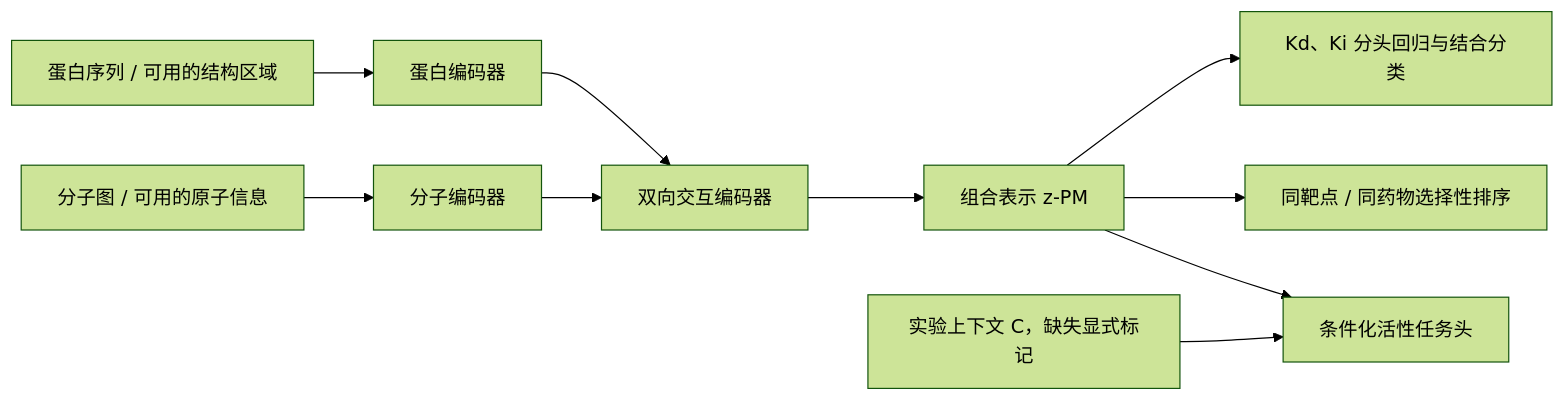
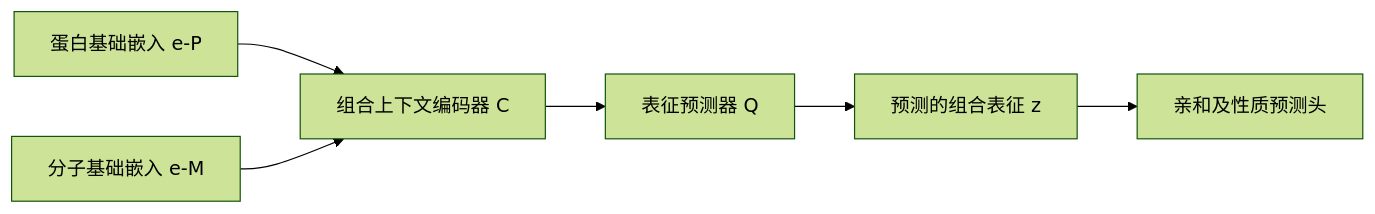
The diagram in docs/BIOMASTER_PM_JEPA_DESIGN_20260914_ZH.md (sunyrain/BioMaster), drawn with Mermaid (forest theme) before and after one commit. The commit also changed other lines of this file and 1 other file, not shown here.

````diff
--- a/docs/BIOMASTER_PM_JEPA_DESIGN_20260914_ZH.md
+++ b/docs/BIOMASTER_PM_JEPA_DESIGN_20260914_ZH.md
@@ -11,12 +7,8 @@
 ```mermaid
 flowchart LR
-    P[蛋白序列 / 可用的结构区域] --> EP[蛋白编码器]
-    M[分子图 / 可用的原子信息] --> EM[分子编码器]
-    EP --> F[双向交互编码器]
-    EM --> F
-    F --> Z[组合表示 z-PM]
-    Z --> A[Kd、Ki 分头回归与结合分类]
-    Z --> S[同靶点 / 同药物选择性排序]
-    Z --> H[条件化活性任务头]
-    C[实验上下文 C，缺失显式标记] --> H
+    P[蛋白基础嵌入 e-P] --> C[组合上下文编码器 C]
+    M[分子基础嵌入 e-M] --> C
+    C --> Q[表征预测器 Q]
+    Q --> Z[预测的组合表征 z]
+    Z --> H[亲和及性质预测头]
 ```
````
